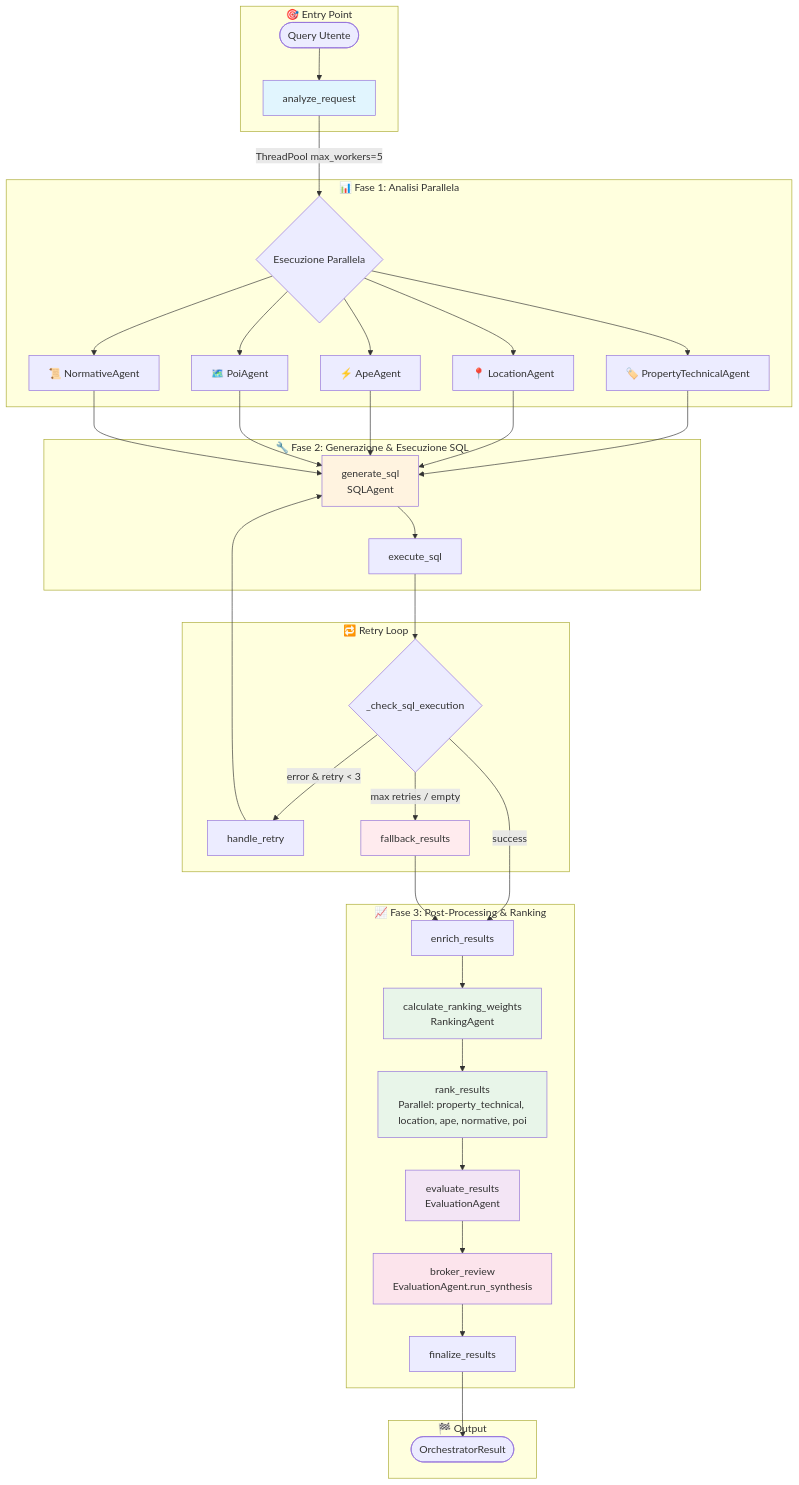
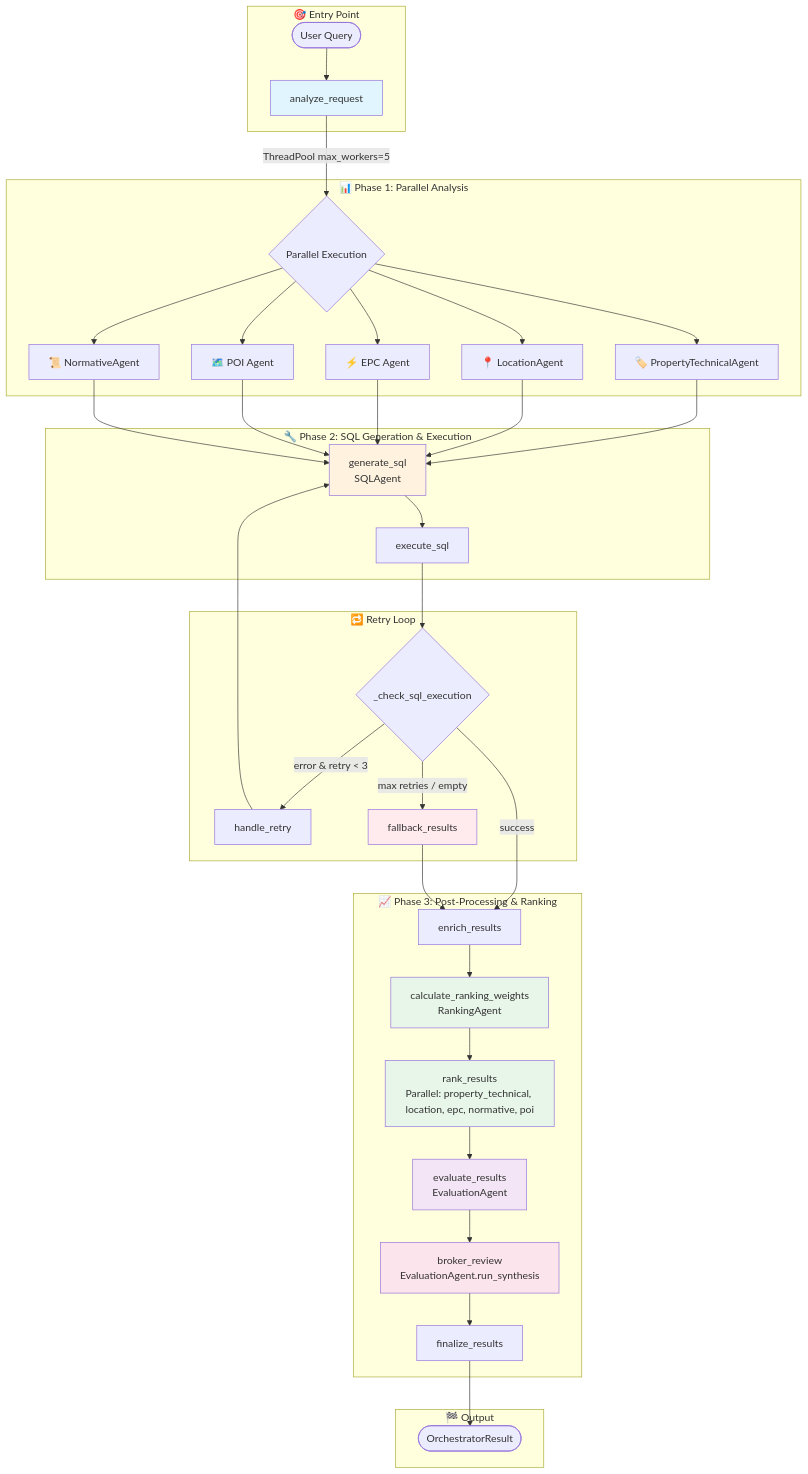
The first of 3 diagrams in docs/AGENT_ARCHITECTURE.md (dbdmg/murena), drawn with Mermaid before and after one commit. The commit also changed other lines of this file and 84 other files, not shown here.

````diff
--- a/docs/AGENT_ARCHITECTURE.md
+++ b/docs/AGENT_ARCHITECTURE.md
@@ -25,53 +25,53 @@
 ```mermaid
 graph TD
     subgraph "🎯 Entry Point"
-        START([Query Utente]) --> ANALYZE
+        START([User Query]) --> ANALYZE
     end
 
-    subgraph "📊 Fase 1: Analisi Parallela"
+    subgraph "📊 Phase 1: Parallel Analysis"
         ANALYZE[analyze_request]
-        ANALYZE --> |ThreadPool max_workers=5| PARALLEL{Esecuzione Parallela}
+        ANALYZE --> |ThreadPool max_workers=5| PARALLEL{Parallel Execution}
         
         PARALLEL --> PROP_TECH[🏷️ PropertyTechnicalAgent]
         PARALLEL --> LOCATION[📍 LocationAgent]
-        PARALLEL --> APE[⚡ ApeAgent]
-        PARALLEL --> POI[🗺️ PoiAgent]
+        PARALLEL --> APE[⚡ EPC Agent]
+        PARALLEL --> POI[🗺️ POI Agent]
         PARALLEL --> NORMATIVE[📜 NormativeAgent]
     end
 
-    subgraph "🔧 Fase 2: Generazione & Esecuzione SQL"
+    subgraph "🔧 Phase 2: SQL Generation & Execution"
         PROP_TECH & LOCATION & APE & POI & NORMATIVE --> SQL_GEN
         SQL_GEN[generate_sql<br/>SQLAgent]
         SQL_GEN --> SQL_EXEC[execute_sql]
     end
 
     subgraph "🔁 Retry Loop"
         SQL_EXEC --> CHECK{_check_sql_execution}
         CHECK -->|error & retry < 3| RETRY[handle_retry]
         RETRY --> SQL_GEN
         CHECK -->|max retries / empty| FALLBACK[fallback_results]
     end
 
-    subgraph "📈 Fase 3: Post-Processing & Ranking"
+    subgraph "📈 Phase 3: Post-Processing & Ranking"
         CHECK -->|success| ENRICH[enrich_results]
         FALLBACK --> ENRICH
         ENRICH --> CALC_WEIGHTS[calculate_ranking_weights<br/>RankingAgent]
         CALC_WEIGHTS --> RANK[rank_results<br/>Parallel Ranking]
-        RANK[rank_results<br/>Parallel: property_technical, location, ape, normative, poi]
+        RANK[rank_results<br/>Parallel: property_technical, location, epc, normative, poi]
         RANK --> EVAL[evaluate_results<br/>EvaluationAgent]
         EVAL --> BROKER[broker_review<br/>EvaluationAgent.run_synthesis]
         BROKER --> FINAL[finalize_results]
     end
 
     subgraph "🏁 Output"
         FINAL --> OUTPUT([OrchestratorResult])
     end
 
     style ANALYZE fill:#e1f5fe
     style SQL_GEN fill:#fff3e0
     style CALC_WEIGHTS fill:#e8f5e9
     style RANK fill:#e8f5e9
     style EVAL fill:#f3e5f5
     style BROKER fill:#fce4ec
     style FALLBACK fill:#ffebee
 ```
````
